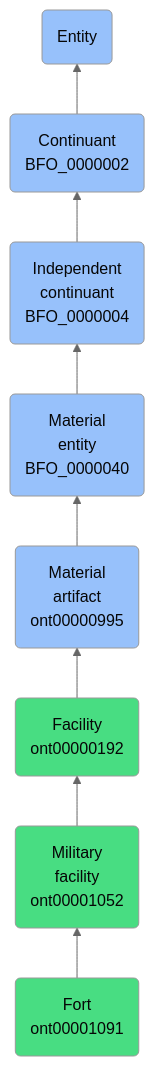
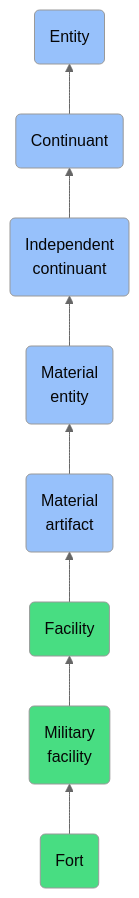
Before and after one commit to jupyter-naas/abi: the diagram in docs/ontology/reference/model/Entity/Continuant/Independent continuant/Material entity/Material artifact/Facility/Military facility/Fort/Fort.md, drawn with Mermaid (neutral theme). The commit also changed other lines of this file and 1430 other files, not shown here.

````diff
--- a/docs/ontology/reference/model/Entity/Continuant/Independent continuant/Material entity/Material artifact/Facility/Military facility/Fort/Fort.md
+++ b/docs/ontology/reference/model/Entity/Continuant/Independent continuant/Material entity/Material artifact/Facility/Military facility/Fort/Fort.md
@@ -24,15 +24,15 @@
 ```mermaid
 graph BT
-    ont00001091(Fort<br>ont00001091):::ABI-->ont00001052
-    ont00001052(Military<br>facility<br>ont00001052):::ABI-->ont00000192
-    ont00000192(Facility<br>ont00000192):::ABI-->ont00000995
-    ont00000995(Material<br>artifact<br>ont00000995):::BFO-->BFO_0000040
-    BFO_0000040(Material<br>entity<br>BFO_0000040):::BFO-->BFO_0000004
-    BFO_0000004(Independent<br>continuant<br>BFO_0000004):::BFO-->BFO_0000002
-    BFO_0000002(Continuant<br>BFO_0000002):::BFO-->BFO_0000001
+    ont00001091(Fort):::ABI-->ont00001052
+    ont00001052(Military<br>facility):::ABI-->ont00000192
+    ont00000192(Facility):::ABI-->ont00000995
+    ont00000995(Material<br>artifact):::BFO-->BFO_0000040
+    BFO_0000040(Material<br>entity):::BFO-->BFO_0000004
+    BFO_0000004(Independent<br>continuant):::BFO-->BFO_0000002
+    BFO_0000002(Continuant):::BFO-->BFO_0000001
     BFO_0000001(Entity):::BFO
     
     classDef BFO fill:#97c1fb,color:#060606
     classDef CCO fill:#e4c51e,color:#060606
     classDef ABI fill:#48DD82,color:#060606
 ```
````
